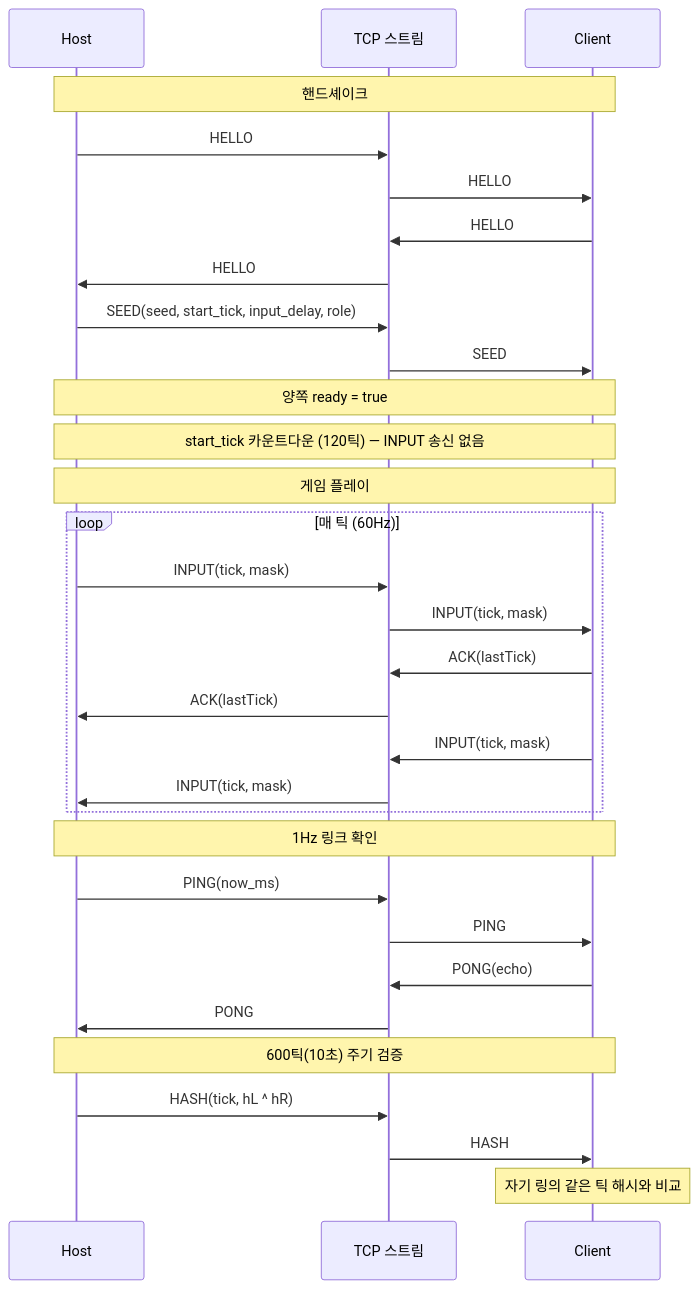
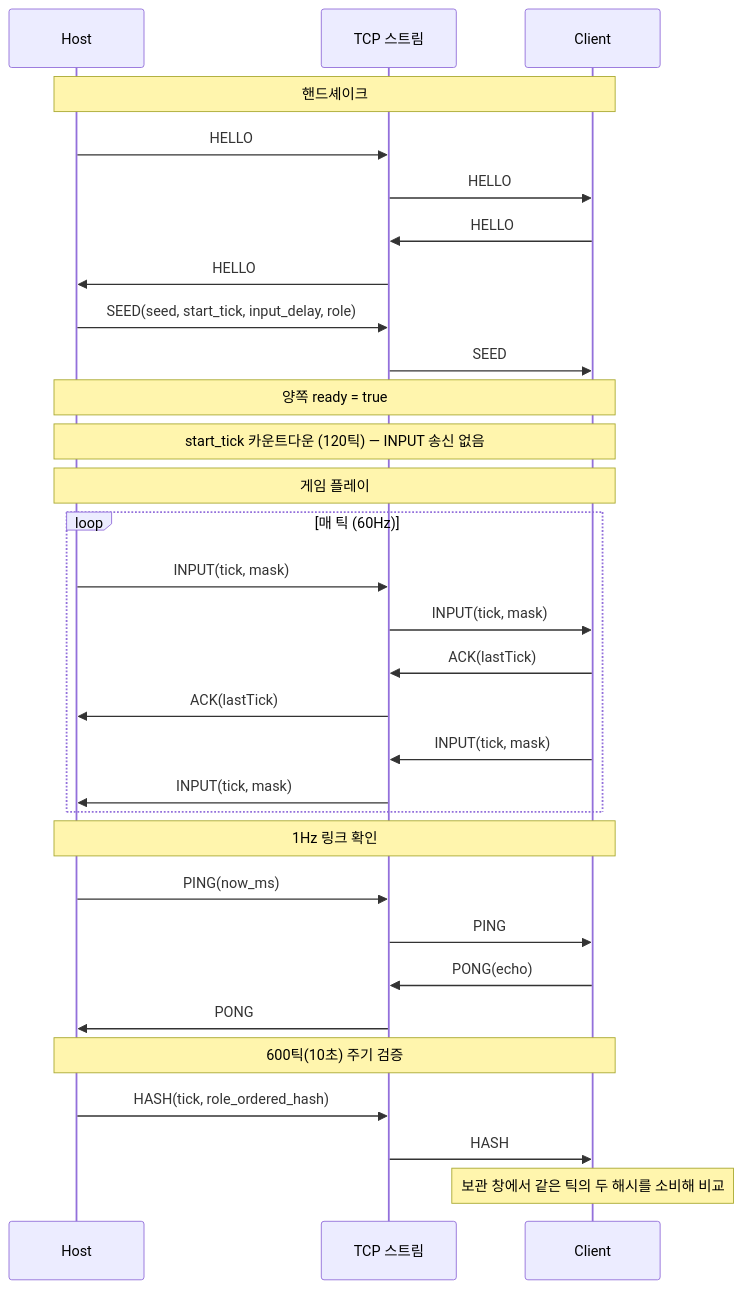
One commit to Rein-ArXiv/Tetris-Multiplayer-RL changed the third of 10 diagrams in docs/blog/part6-lockstep-networking.md. Above: the diagram before and after it, drawn with Mermaid. The commit also changed other lines of this file and 51035 other files, not shown here.

````diff
--- a/docs/blog/part6-lockstep-networking.md
+++ b/docs/blog/part6-lockstep-networking.md
@@ -1166,38 +1207,38 @@
 ```mermaid
 sequenceDiagram
     participant H as Host
     participant Net as TCP 스트림
     participant C as Client
 
     Note over H,C: 핸드셰이크
     H->>Net: HELLO
     Net->>C: HELLO
     C->>Net: HELLO
     Net->>H: HELLO
     H->>Net: SEED(seed, start_tick, input_delay, role)
     Net->>C: SEED
     Note over H,C: 양쪽 ready = true
 
     Note over H,C: start_tick 카운트다운 (120틱) — INPUT 송신 없음
 
     Note over H,C: 게임 플레이
     loop 매 틱 (60Hz)
         H->>Net: INPUT(tick, mask)
         Net->>C: INPUT(tick, mask)
         C->>Net: ACK(lastTick)
         Net->>H: ACK(lastTick)
         C->>Net: INPUT(tick, mask)
         Net->>H: INPUT(tick, mask)
     end
 
     Note over H,C: 1Hz 링크 확인
     H->>Net: PING(now_ms)
     Net->>C: PING
     C->>Net: PONG(echo)
     Net->>H: PONG
 
     Note over H,C: 600틱(10초) 주기 검증
-    H->>Net: HASH(tick, hL ^ hR)
+    H->>Net: HASH(tick, role_ordered_hash)
     Net->>C: HASH
-    Note over C: 자기 링의 같은 틱 해시와 비교
+    Note over C: 보관 창에서 같은 틱의 두 해시를 소비해 비교
 ```
````
